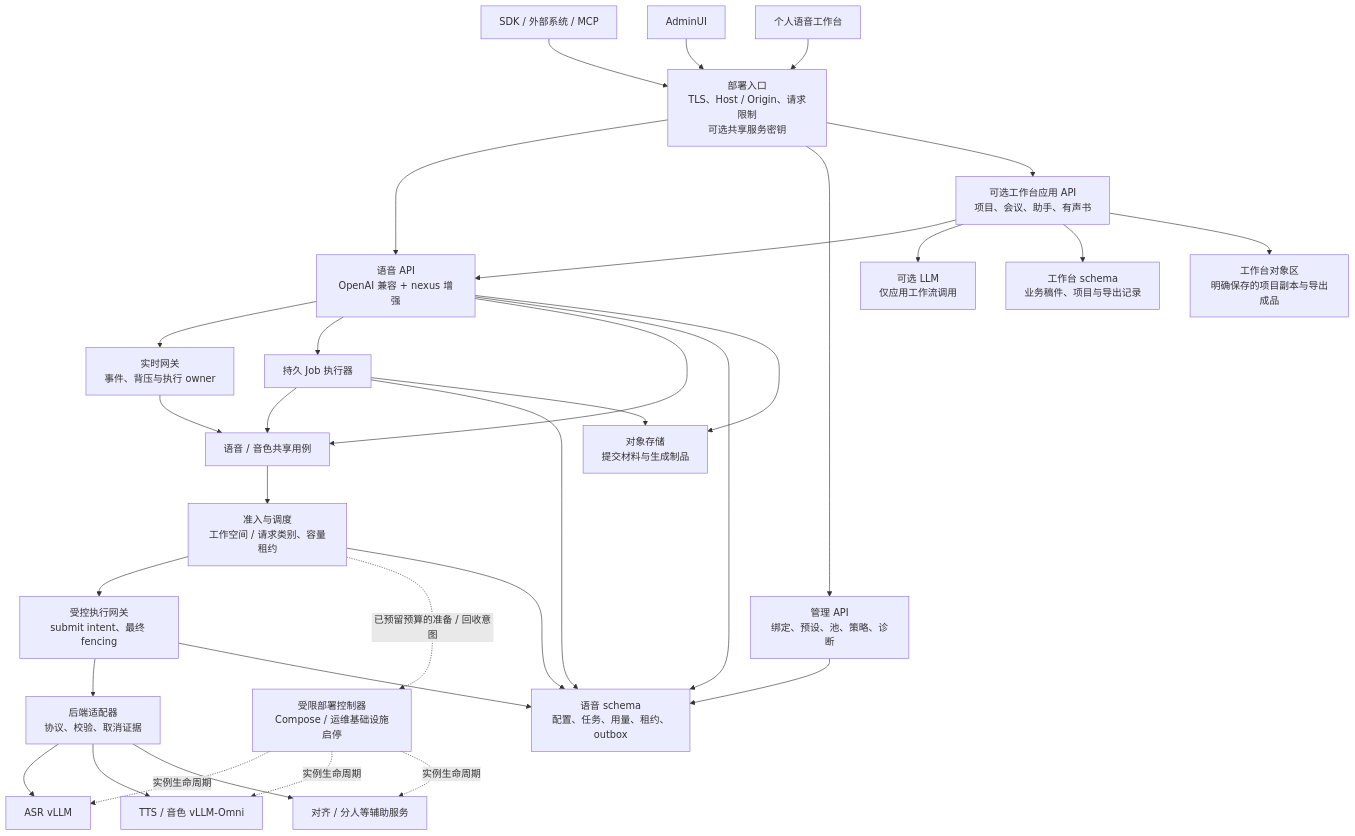
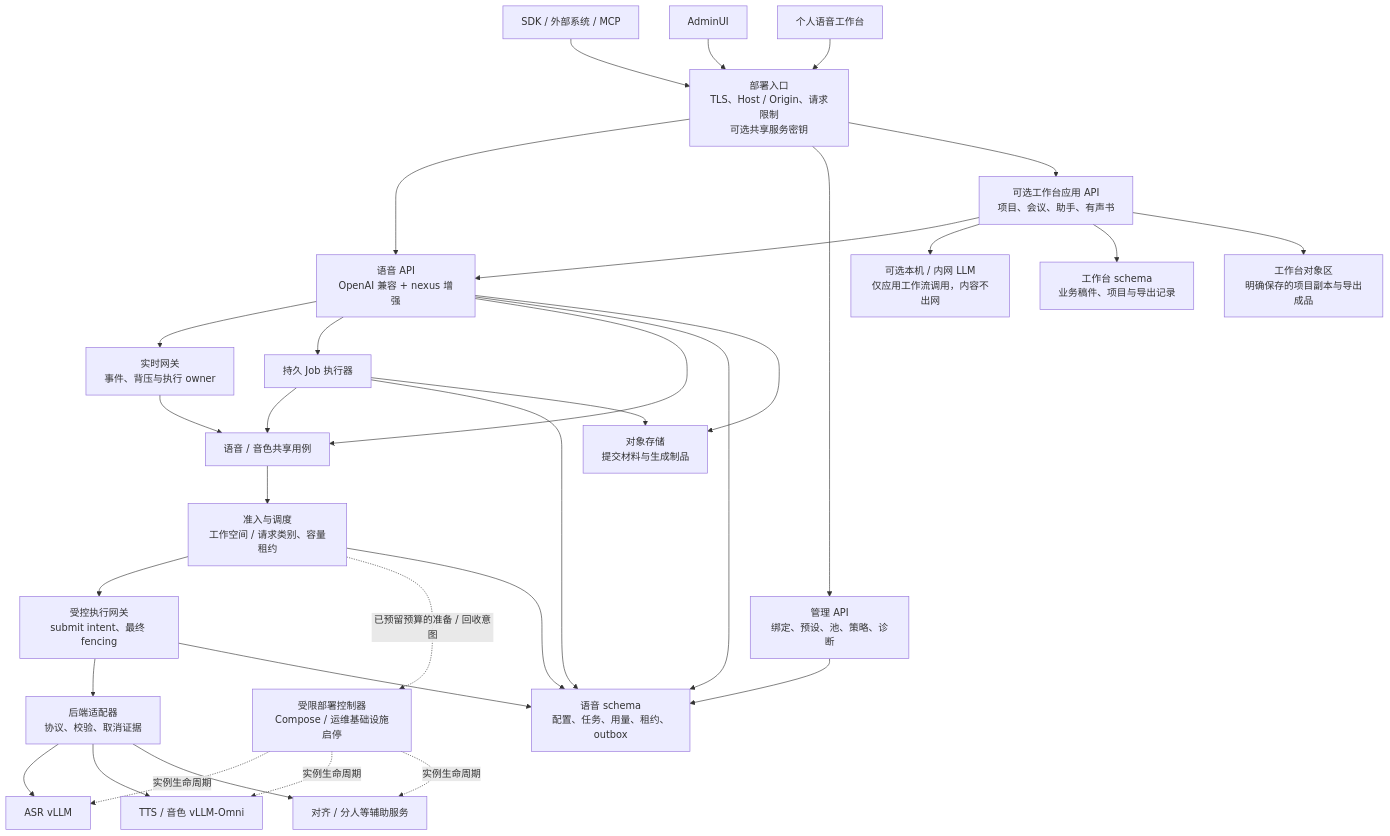
The diagram in docs/speechnexus-product-architecture.md (hrygo/SpeechNexus), drawn with Mermaid before and after one commit. The commit also changed other lines of this file and 10 other files, not shown here.

````diff
--- a/docs/speechnexus-product-architecture.md
+++ b/docs/speechnexus-product-architecture.md
@@ -133,35 +136,35 @@
 ```mermaid
 flowchart TD
     SDK["SDK / 外部系统 / MCP"] --> E["部署入口\nTLS、Host / Origin、请求限制\n可选共享服务密钥"]
     UIA["AdminUI"] --> E
     UIW["个人语音工作台"] --> E
     E --> A["语音 API\nOpenAI 兼容 + nexus 增强"]
     E --> D["管理 API\n绑定、预设、池、策略、诊断"]
     E --> W["可选工作台应用 API\n项目、会议、助手、有声书"]
     W --> A
-    W --> L["可选 LLM\n仅应用工作流调用"]
+    W --> L["可选本机 / 内网 LLM\n仅应用工作流调用，内容不出网"]
     W --> WP["工作台 schema\n业务稿件、项目与导出记录"]
     W --> WO["工作台对象区\n明确保存的项目副本与导出成品"]
     A --> R["实时网关\n事件、背压与执行 owner"]
     A --> J["持久 Job 执行器"]
     A --> C["语音 / 音色共享用例"]
     R --> C
     J --> C
     C --> Q["准入与调度\n工作空间 / 请求类别、容量租约"]
     Q --> G["受控执行网关\nsubmit intent、最终 fencing"]
     Q -. "已预留预算的准备 / 回收意图" .-> LC["受限部署控制器\nCompose / 运维基础设施启停"]
     LC -. "实例生命周期" .-> V
     LC -. "实例生命周期" .-> T
     LC -. "实例生命周期" .-> X
     G --> B["后端适配器\n协议、校验、取消证据"]
     B --> V["ASR vLLM"]
     B --> T["TTS / 音色 vLLM-Omni"]
     B --> X["对齐 / 分人等辅助服务"]
     D --> P["语音 schema\n配置、任务、用量、租约、outbox"]
     A --> P
     J --> P
     Q --> P
     G --> P
     A --> O["对象存储\n提交材料与生成制品"]
     J --> O
 ```
````
